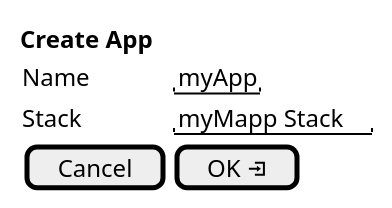
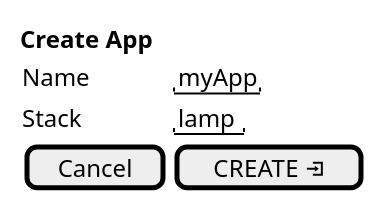
The diagram in docs/UseCases/Manage-Applications/Create-AppWeb.puml (CAADE/C3), drawn with PlantUML before and after one commit. The commit also changed 102 other files, not shown here.

```diff
--- a/docs/UseCases/Manage-Applications/Create-AppWeb.puml
+++ b/docs/UseCases/Manage-Applications/Create-AppWeb.puml
@@ -1,13 +1,13 @@
 @startuml
 
 salt
 {
   **Create App**
   {
       Name | "myApp"
-      Stack | "myMapp Stack"
-      [ Cancel ] | [ OK <&account-login> ]
+      Stack | "lamp"
+      [ Cancel ] | [ CREATE <&account-login> ]
   }
 }
 
 @enduml
```
